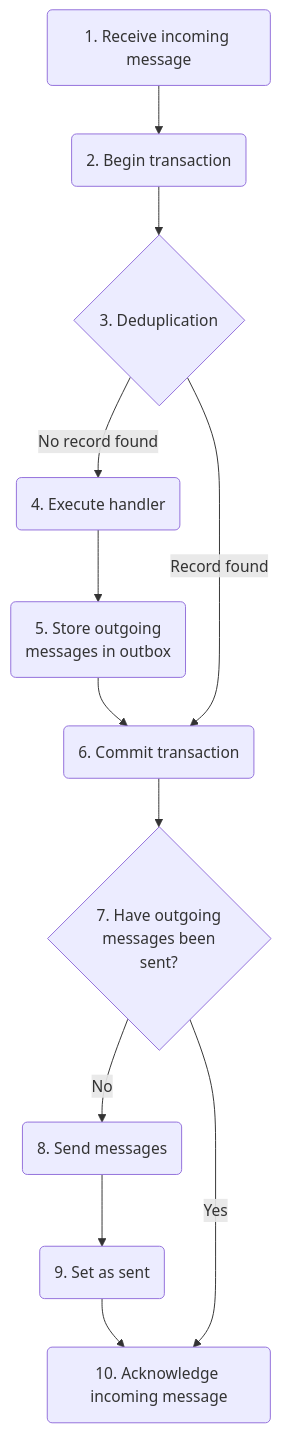
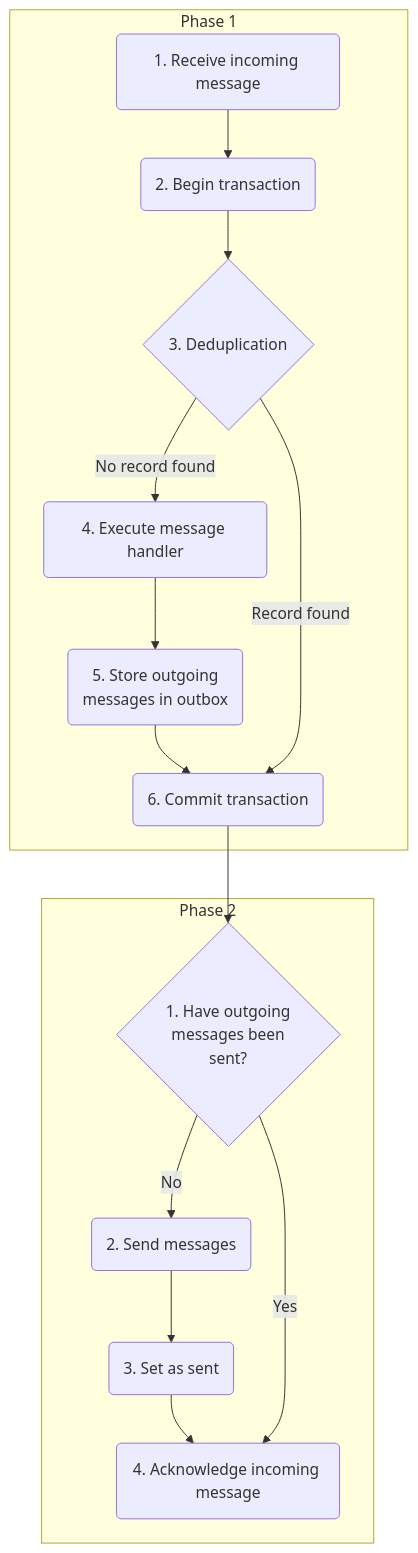
One commit to Particular/docs.particular.net changed the diagram in nservicebus/outbox/index.md. Above: the diagram before and after it, drawn with Mermaid. The commit also changed other lines of this file, not shown here.

Commit message:
editorial review of recent outbox changes

````diff
--- a/nservicebus/outbox/index.md
+++ b/nservicebus/outbox/index.md
@@ -48,26 +48,31 @@
 ```mermaid
 graph TD
+  subgraph Phase 1
   receiveMessage(1. Receive incoming message)
   createTx(2. Begin transaction)
   dedupe{3. Deduplication}
-  handler(4. Execute handler)
+  messageHandler(4. Execute message handler)
   storeOutbox(5. Store outgoing<br/>messages in outbox)
   commitTx(6. Commit transaction)
-  areSent{7. Have outgoing<br/>messages been<br/>sent?}
-  send(8. Send messages)
-  updateOutbox(9. Set as sent)
-  ack(10. Acknowledge incoming message)
+  end
+
+  subgraph Phase 2
+  areSent{1. Have outgoing<br/>messages been<br/>sent?}
+  send(2. Send messages)
+  updateOutbox(3. Set as sent)
+  ack(4. Acknowledge incoming message)
+  end
 
   receiveMessage-->createTx
   createTx-->dedupe
-  dedupe-- No record found -->handler
-  handler-->storeOutbox
+  dedupe-- No record found -->messageHandler
+  messageHandler-->storeOutbox
   storeOutbox-->commitTx
   commitTx-->areSent
   send-->updateOutbox
   updateOutbox-->ack
 
   dedupe-- Record found -->commitTx
   areSent-- No -->send
   areSent-- Yes -->ack
 ```
````
